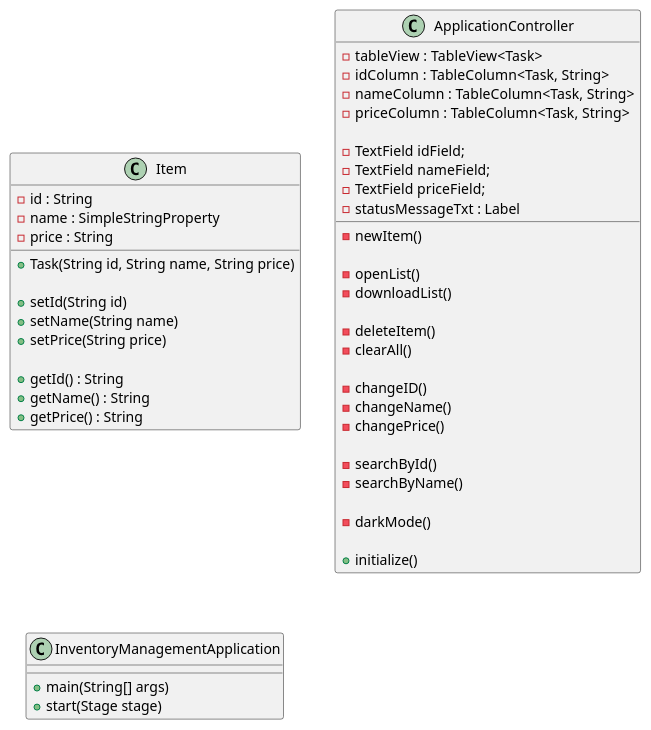
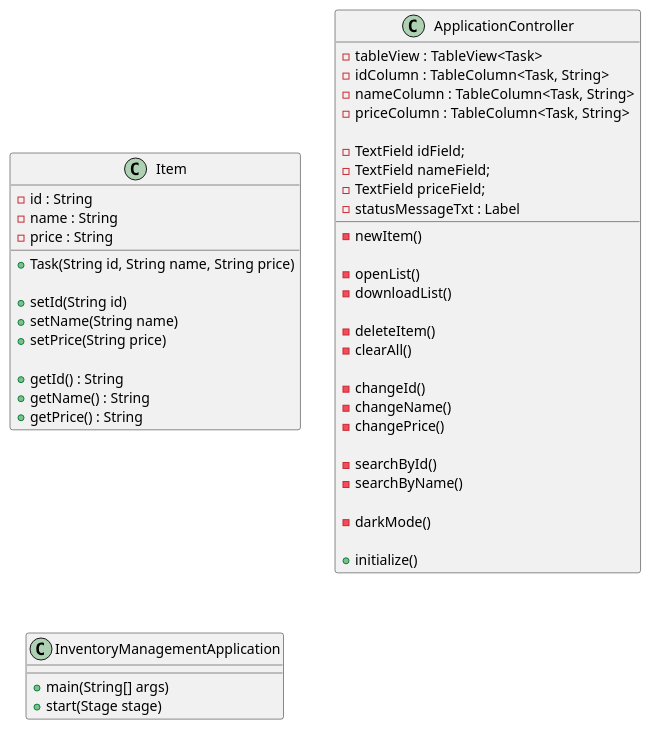
The diagram in docs/ApplicationUML.puml (breemars/marsiano-app2), drawn with PlantUML before and after one commit. The commit also changed 7 other files, not shown here.

```diff
--- a/docs/ApplicationUML.puml
+++ b/docs/ApplicationUML.puml
@@ -1,60 +1,60 @@
 @startuml
 
 class Item {
 'attributes
     - id : String
-    - name : SimpleStringProperty
+    - name : String
     - price : String
 
 'methods
     +Task(String id, String name, String price)
 
     +setId(String id)
     +setName(String name)
     +setPrice(String price)
 
     +getId() : String
     +getName() : String
     +getPrice() : String
 }
 
 class ApplicationController{
 'attributes
     - tableView : TableView<Task>
     - idColumn : TableColumn<Task, String>
     - nameColumn : TableColumn<Task, String>
     - priceColumn : TableColumn<Task, String>
 
     - TextField idField;
     - TextField nameField;
     - TextField priceField;
     - statusMessageTxt : Label
 
 'methods
     -newItem()
 
     -openList()
     -downloadList()
 
     -deleteItem()
     -clearAll()
 
-    -changeID()
+    -changeId()
     -changeName()
     -changePrice()
 
     -searchById()
     -searchByName()
 
     -darkMode()
 
     +initialize()
 }
 
 class InventoryManagementApplication{
 'methods
     +main(String[] args)
     +start(Stage stage)
 }
 
 @enduml
```
